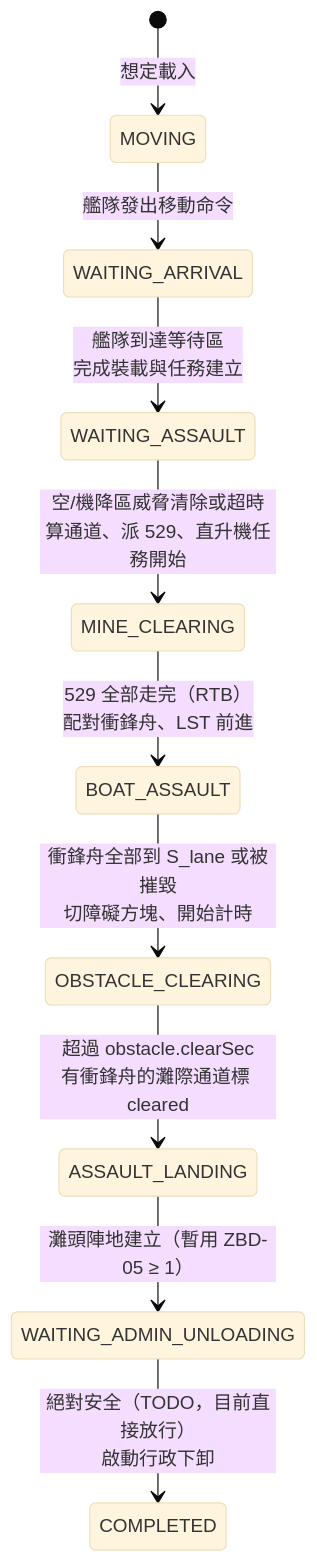
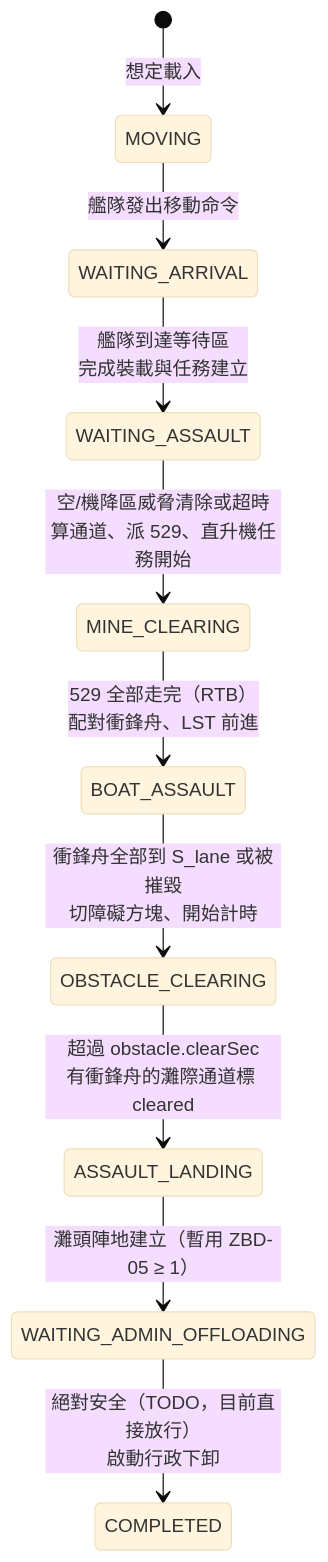
The second of 3 diagrams in docs/landingOps/README.md (pullupjumper/formosa-in-flames), drawn with Mermaid (base theme) before and after one commit. The commit also changed other lines of this file and 46 other files, not shown here.

First line of the commit message:
refactor(landingOps): rename unloading to offloading and tidy landingOps naming

````diff
--- a/docs/landingOps/README.md
+++ b/docs/landingOps/README.md
@@ -119,12 +119,12 @@
 ```mermaid
 stateDiagram-v2
     [*] --> MOVING: 想定載入
     MOVING --> WAITING_ARRIVAL: 艦隊發出移動命令
     WAITING_ARRIVAL --> WAITING_ASSAULT: 艦隊到達等待區<br>完成裝載與任務建立
     WAITING_ASSAULT --> MINE_CLEARING: 空/機降區威脅清除或超時<br>算通道、派 529、直升機任務開始
     MINE_CLEARING --> BOAT_ASSAULT: 529 全部走完（RTB）<br>配對衝鋒舟、LST 前進
     BOAT_ASSAULT --> OBSTACLE_CLEARING: 衝鋒舟全部到 S_lane 或被摧毀<br>切障礙方塊、開始計時
     OBSTACLE_CLEARING --> ASSAULT_LANDING: 超過 obstacle.clearSec<br>有衝鋒舟的灘際通道標 cleared
-    ASSAULT_LANDING --> WAITING_ADMIN_UNLOADING: 灘頭陣地建立（暫用 ZBD-05 ≥ 1）
-    WAITING_ADMIN_UNLOADING --> COMPLETED: 絕對安全（TODO，目前直接放行）<br>啟動行政下卸
+    ASSAULT_LANDING --> WAITING_ADMIN_OFFLOADING: 灘頭陣地建立（暫用 ZBD-05 ≥ 1）
+    WAITING_ADMIN_OFFLOADING --> COMPLETED: 絕對安全（TODO，目前直接放行）<br>啟動行政下卸
 ```
````
